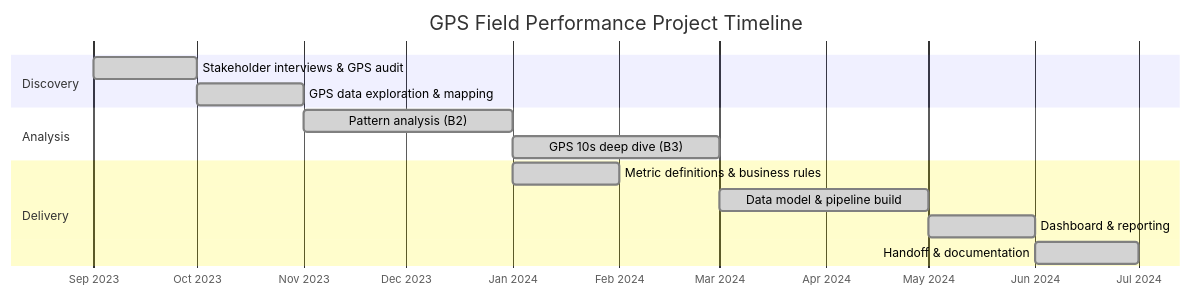
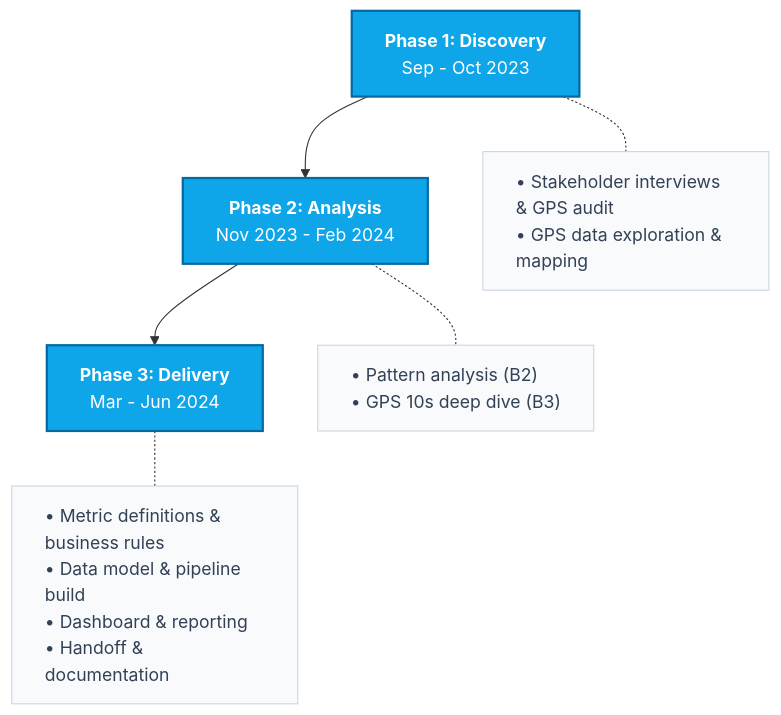
The fifth of 5 diagrams in README.md (nghiaplt1611/gps-field-performance), drawn with Mermaid before and after one commit. The commit also changed other lines of this file and 1 other file, not shown here.

Commit message:
fix: hyperlink and mermaid chart

````diff
--- a/README.md
+++ b/README.md
@@ -371,20 +371,13 @@
 ```mermaid
-gantt
-    title GPS Field Performance Project Timeline
-    dateFormat  YYYY-MM
-    axisFormat  %b %Y
-
-    section Discovery
-    Stakeholder interviews & GPS audit     :done, b1, 2023-09, 1M
-    GPS data exploration & mapping         :done, b1b, after b1, 1M
-
-    section Analysis
-    Pattern analysis (B2)                  :done, b2, after b1b, 2M
-    GPS 10s deep dive (B3)                 :done, b3, after b2, 2M
-
-    section Delivery
-    Metric definitions & business rules    :done, d1, after b2, 1M
-    Data model & pipeline build            :done, d2, after b3, 2M
-    Dashboard & reporting                  :done, d3, after d2, 1M
-    Handoff & documentation                :done, d4, after d3, 1M
+flowchart TD
+    A["<b>Phase 1: Discovery</b><br/>Sep - Oct 2023"] --> B["<b>Phase 2: Analysis</b><br/>Nov 2023 - Feb 2024"] --> C["<b>Phase 3: Delivery</b><br/>Mar - Jun 2024"]
+    
+    A -.- A1["• Stakeholder interviews & GPS audit<br/>• GPS data exploration & mapping"]
+    B -.- B1["• Pattern analysis (B2)<br/>• GPS 10s deep dive (B3)"]
+    C -.- C1["• Metric definitions & business rules<br/>• Data model & pipeline build<br/>• Dashboard & reporting<br/>• Handoff & documentation"]
+    
+    classDef phase fill:#0ea5e9,stroke:#0369a1,stroke-width:2px,color:#fff,border-radius:5px;
+    classDef tasks fill:#f8fafc,stroke:#cbd5e1,stroke-width:1px,color:#334155,text-align:left;
+    class A,B,C phase;
+    class A1,B1,C1 tasks;
 ```
````
